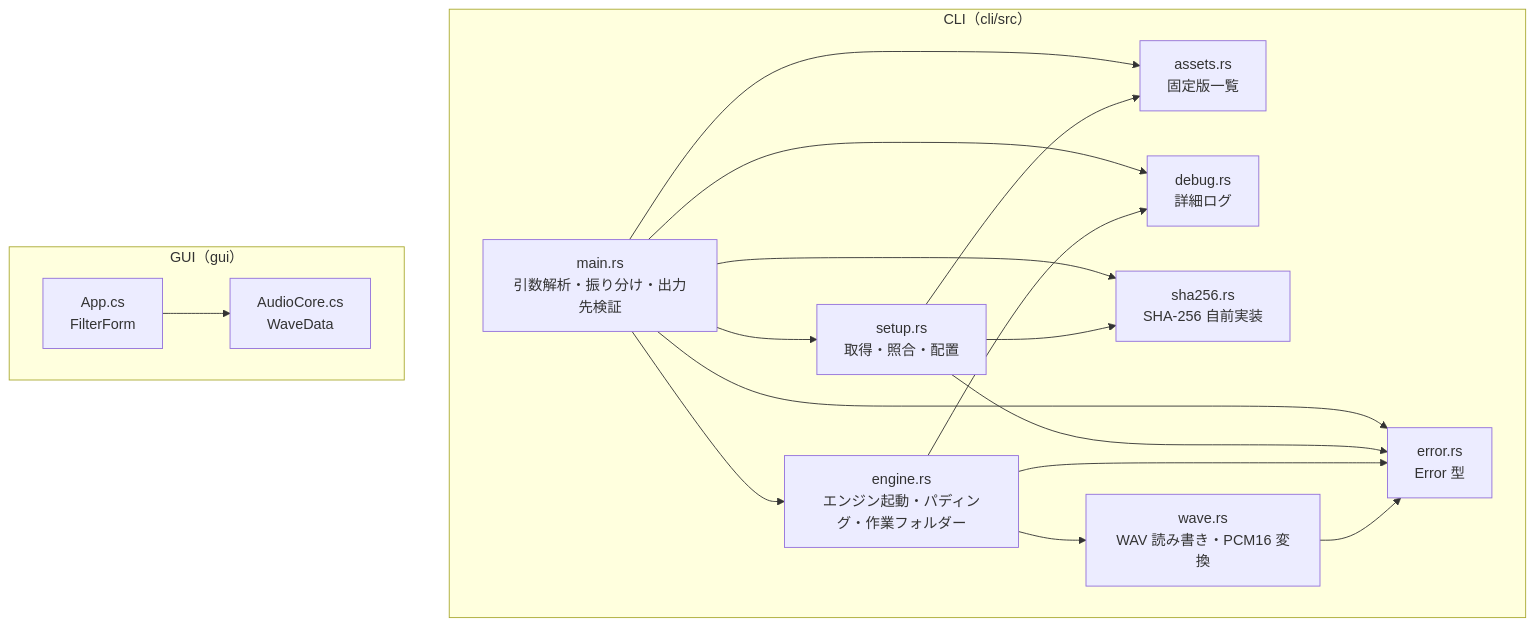
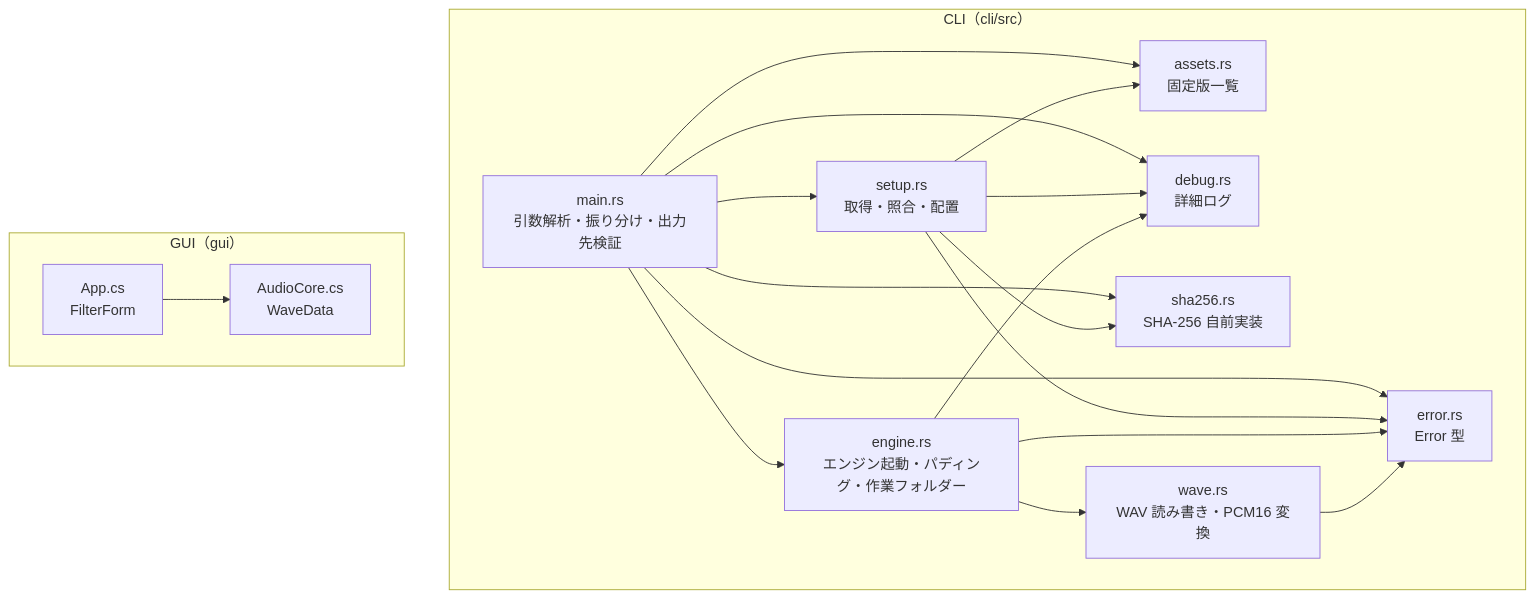
Before and after one commit to bit2zero/DeepFilterTool: the third of 17 diagrams in docs/SPECIFICATION.md, drawn with Mermaid. The commit also changed other lines of this file, not shown here.

````diff
--- a/docs/SPECIFICATION.md
+++ b/docs/SPECIFICATION.md
@@ -147,24 +145,24 @@
 ```mermaid
 flowchart TB
     subgraph CLI["CLI（cli/src）"]
         main["main.rs<br/>引数解析・振り分け・出力先検証"]
         engine_rs["engine.rs<br/>エンジン起動・パディング・作業フォルダー"]
         wave_rs["wave.rs<br/>WAV 読み書き・PCM16 変換"]
         setup_rs["setup.rs<br/>取得・照合・配置"]
         assets_rs["assets.rs<br/>固定版一覧"]
         sha_rs["sha256.rs<br/>SHA-256 自前実装"]
         debug_rs["debug.rs<br/>詳細ログ"]
         error_rs["error.rs<br/>Error 型"]
     end
 
     subgraph GUI["GUI（gui）"]
         app["App.cs<br/>FilterForm"]
         core["AudioCore.cs<br/>WaveData"]
     end
 
     main --> assets_rs & debug_rs & error_rs & setup_rs & engine_rs & sha_rs
-    setup_rs --> assets_rs & sha_rs & error_rs
+    setup_rs --> assets_rs & sha_rs & debug_rs & error_rs
     engine_rs --> wave_rs & debug_rs & error_rs
     wave_rs --> error_rs
     app --> core
 ```
````
